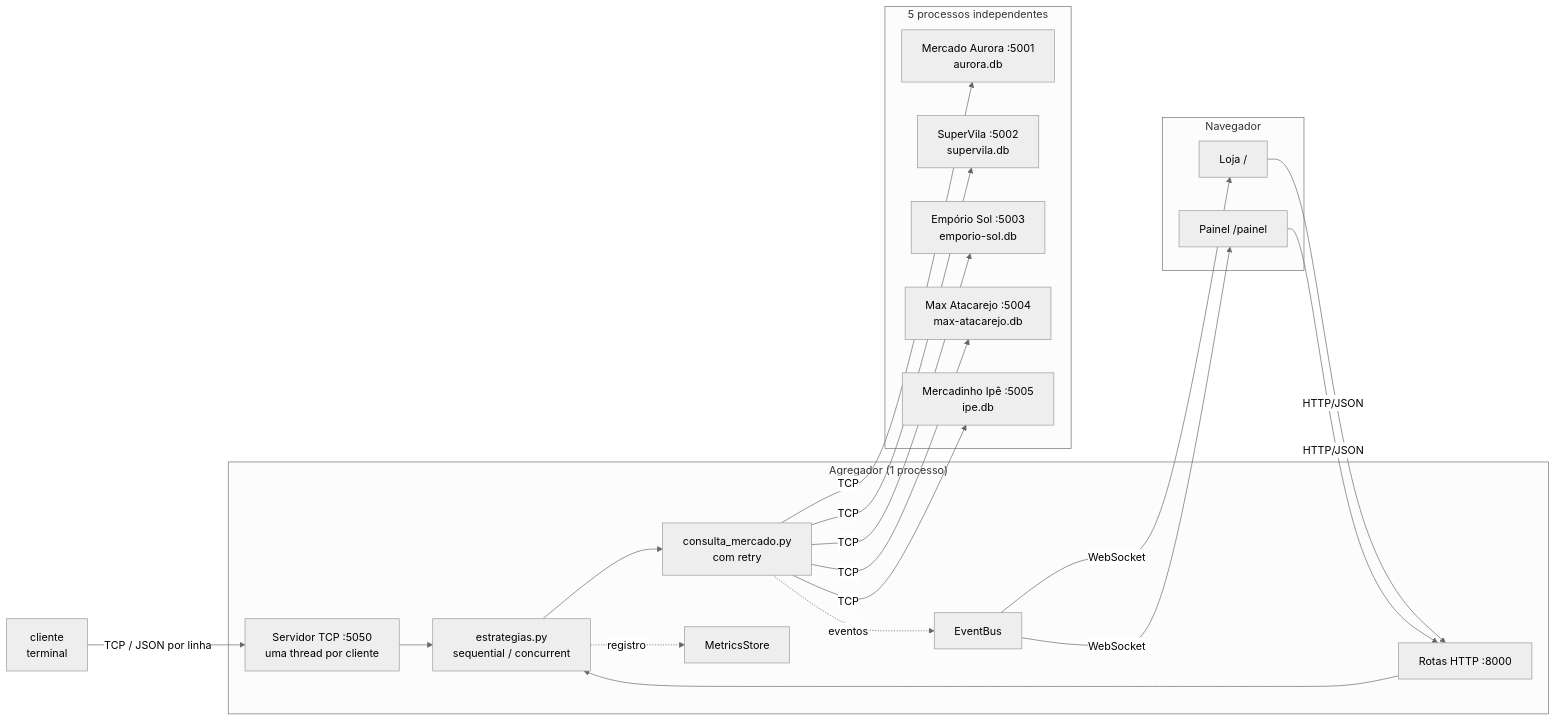
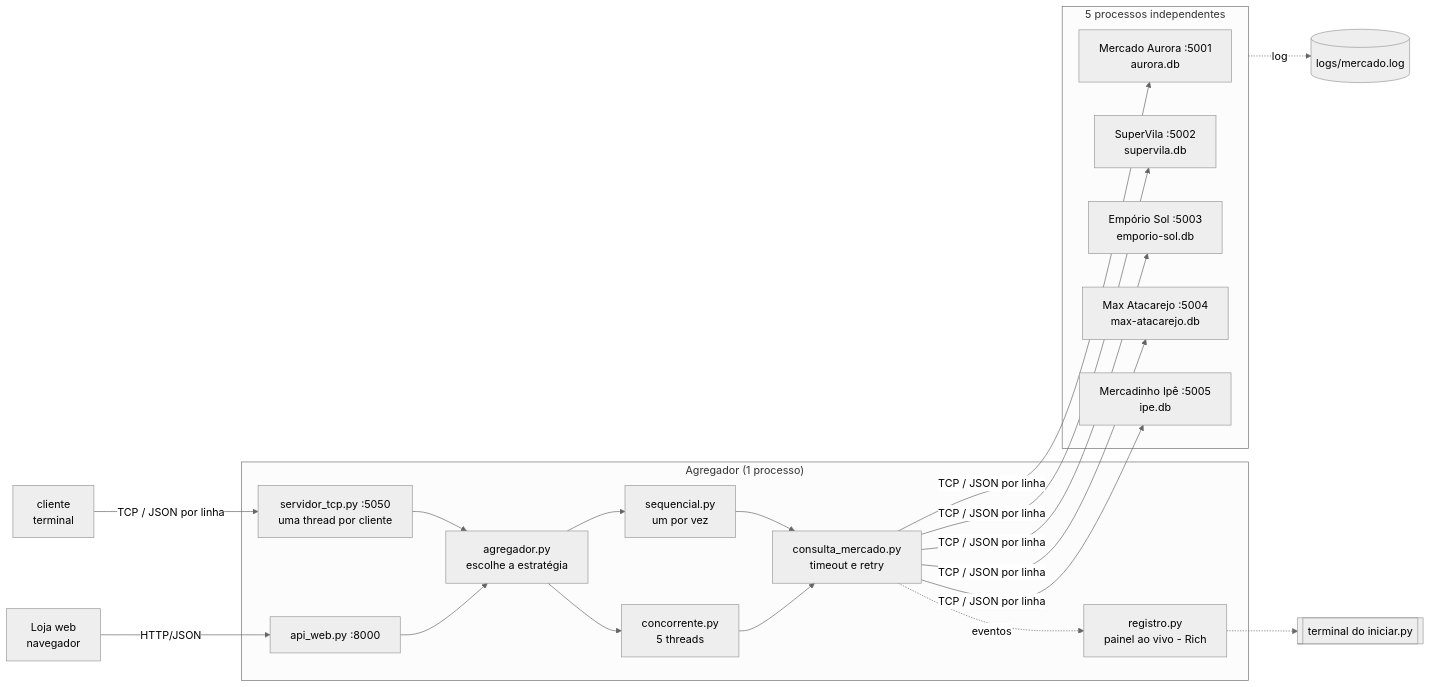
Before and after one commit to coelhomarcus/market-sync: the first of 4 diagrams in docs/arquitetura.md, drawn with Mermaid (neutral theme). The commit also changed other lines of this file and 176 other files, not shown here.

First line of the commit message:
feat: implement concurrent and sequential market querying strategies

````diff
--- a/docs/arquitetura.md
+++ b/docs/arquitetura.md
@@ -15,34 +15,31 @@
 ```mermaid
 flowchart LR
     CLI[cliente<br/>terminal]
-    subgraph Navegador
-        L[Loja /]
-        P[Painel /painel]
-    end
+    L[Loja web<br/>navegador]
     subgraph Agregador["Agregador (1 processo)"]
-        TS[Servidor TCP :5050<br/>uma thread por cliente]
-        R[Rotas HTTP :8000]
-        S[estrategias.py<br/>sequential / concurrent]
-        T[consulta_mercado.py<br/>com retry]
-        E[EventBus]
-        MS[MetricsStore]
+        TS[servidor_tcp.py :5050<br/>uma thread por cliente]
+        R[api_web.py :8000]
+        A[agregador.py<br/>escolhe a estratégia]
+        SEQ[sequencial.py<br/>um por vez]
+        CON[concorrente.py<br/>5 threads]
+        T[consulta_mercado.py<br/>timeout e retry]
+        LOG[registro.py<br/>painel ao vivo - Rich]
     end
     subgraph Mercados["5 processos independentes"]
         M1[Mercado Aurora :5001<br/>aurora.db]
         M2[SuperVila :5002<br/>supervila.db]
         M3[Empório Sol :5003<br/>emporio-sol.db]
         M4[Max Atacarejo :5004<br/>max-atacarejo.db]
         M5[Mercadinho Ipê :5005<br/>ipe.db]
     end
+    TERM[[terminal do iniciar.py]]
 
     CLI -- TCP / JSON por linha --> TS
     L -- HTTP/JSON --> R
-    P -- HTTP/JSON --> R
-    TS --> S
-    R --> S --> T
-    T -- TCP --> M1 & M2 & M3 & M4 & M5
-    T -. eventos .-> E
-    S -. registro .-> MS
-    E -- WebSocket --> P
-    E -- WebSocket --> L
+    TS --> A
+    R --> A
+    A --> SEQ & CON --> T
+    T -- TCP / JSON por linha --> M1 & M2 & M3 & M4 & M5
+    T -. eventos .-> LOG -.-> TERM
+    Mercados -. log .-> ARQ[(logs/mercado.log)]
 ```
````
